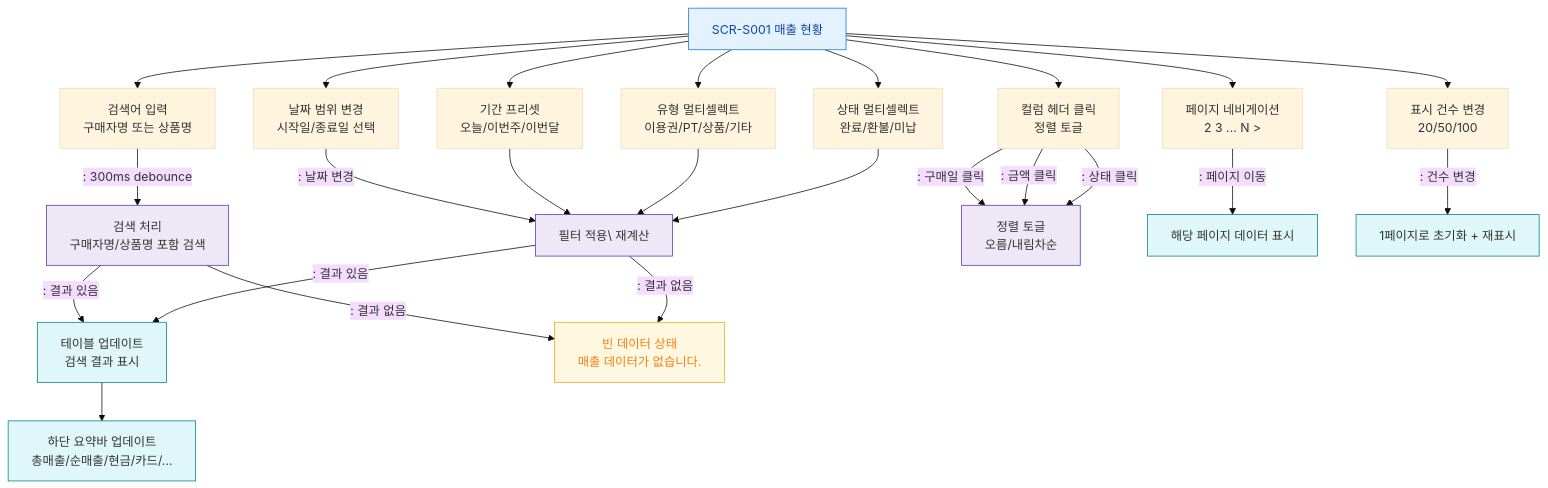
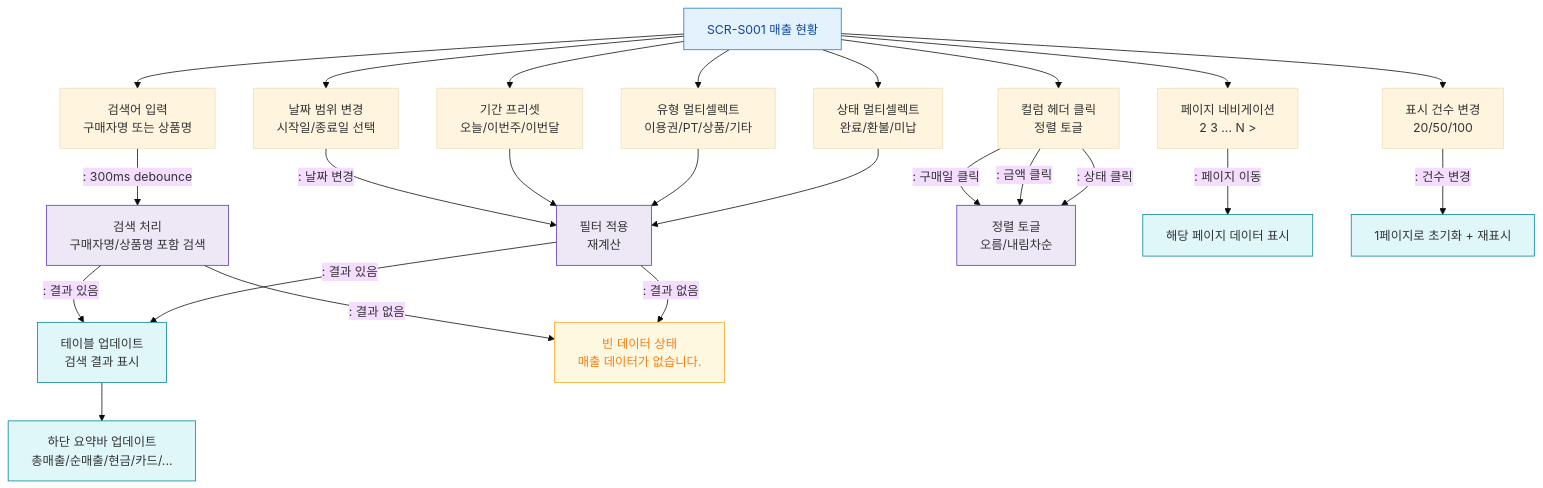
The diagram in docs/admin/다이어그램/D03_매출관리/SCR-S001_매출현황/F4_필터검색.md (dev-spogym/admin-pando), drawn with Mermaid (base theme) before and after one commit. The commit also changed 369 other files, not shown here.

````diff
--- a/docs/admin/다이어그램/D03_매출관리/SCR-S001_매출현황/F4_필터검색.md
+++ b/docs/admin/다이어그램/D03_매출관리/SCR-S001_매출현황/F4_필터검색.md
@@ -18,44 +18,44 @@
 ```mermaid
 flowchart TD
     S001[SCR-S001 매출 현황]
 
     S001 --> FILTER_DATE[날짜 범위 변경\n시작일/종료일 선택]
     S001 --> FILTER_PRESET[기간 프리셋\n오늘/이번주/이번달]
     S001 --> FILTER_TYPE[유형 멀티셀렉트\n이용권/PT/상품/기타]
     S001 --> FILTER_STATUS[상태 멀티셀렉트\n완료/환불/미납]
     S001 --> SEARCH_INPUT[검색어 입력\n구매자명 또는 상품명]
     S001 --> SORT_COL[컬럼 헤더 클릭\n정렬 토글]
     S001 --> PAGE_NAV[페이지 네비게이션\n 2 3 ... N >]
     S001 --> PAGE_SIZE[표시 건수 변경\n20/50/100]
 
-    FILTER_DATE -->|": 날짜 변경"|APPLY_FILTER[필터 적용\ 재계산]
+    FILTER_DATE -->|": 날짜 변경"|APPLY_FILTER[필터 적용<br/> 재계산]
     FILTER_PRESET --> APPLY_FILTER
     FILTER_TYPE --> APPLY_FILTER
     FILTER_STATUS --> APPLY_FILTER
 
     SEARCH_INPUT -->|": 300ms debounce"|SEARCH_PROC[검색 처리\n구매자명/상품명 포함 검색]
     SEARCH_PROC -->|": 결과 있음"|TABLE_UPDATE[테이블 업데이트\n검색 결과 표시]
     SEARCH_PROC -->|": 결과 없음"|EMPTY[빈 데이터 상태\n매출 데이터가 없습니다.]
 
     APPLY_FILTER -->|": 결과 있음"|TABLE_UPDATE
     APPLY_FILTER -->|": 결과 없음"|EMPTY
 
     SORT_COL -->|": 구매일 클릭"|SORT_TOGGLE[정렬 토글\n오름/내림차순]
     SORT_COL -->|": 금액 클릭"|SORT_TOGGLE
     SORT_COL -->|": 상태 클릭"|SORT_TOGGLE
 
     PAGE_NAV -->|": 페이지 이동"|PAGE_LOAD[해당 페이지 데이터 표시]
     PAGE_SIZE -->|": 건수 변경"|PAGE_RESET[1페이지로 초기화 + 재표시]
 
     TABLE_UPDATE --> SUMMARY_BAR[하단 요약바 업데이트\n총매출/순매출/현금/카드/...]
 
     classDef screen fill:#E3F2FD,stroke:#1976D2,color:#0D47A1
     classDef system fill:#EDE7F6,stroke:#5E35B2
     classDef warning fill:#FFF8E1,stroke:#F9A825,color:#F57F17
     classDef info fill:#E0F7FA,stroke:#00838F
 
     class S001 screen
     class APPLY_FILTER,SEARCH_PROC,SORT_TOGGLE system
     class EMPTY warning
     class TABLE_UPDATE,SUMMARY_BAR,PAGE_LOAD,PAGE_RESET info
 ```
````
